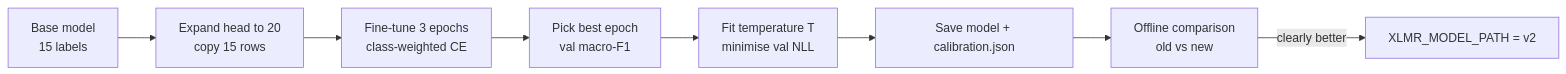
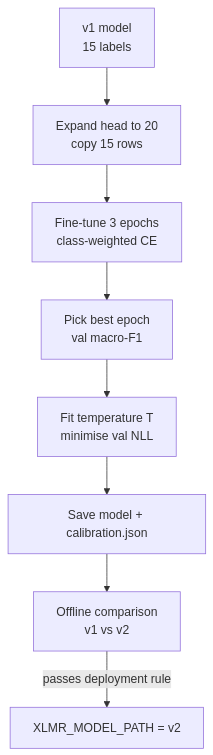
Before and after one commit to Anushka-v24/ecommerce-customer-support-assistant: diagram 21 of 38 in docs/ENHANCEMENT_REPORT.md, drawn with Mermaid. The commit also changed other lines of this file and 5 other files, not shown here.

````diff
--- a/docs/ENHANCEMENT_REPORT.md
+++ b/docs/ENHANCEMENT_REPORT.md
@@ -546,10 +819,10 @@
 ```mermaid
-flowchart LR
-    A[Base model<br/>15 labels] --> B[Expand head to 20<br/>copy 15 rows]
+flowchart TD
+    A[v1 model<br/>15 labels] --> B[Expand head to 20<br/>copy 15 rows]
     B --> C[Fine-tune 3 epochs<br/>class-weighted CE]
     C --> D[Pick best epoch<br/>val macro-F1]
     D --> E[Fit temperature T<br/>minimise val NLL]
     E --> F[Save model + calibration.json]
-    F --> G[Offline comparison<br/>old vs new]
-    G -->|clearly better| H[XLMR_MODEL_PATH = v2]
+    F --> G[Offline comparison<br/>v1 vs v2]
+    G -->|passes deployment rule| H[XLMR_MODEL_PATH = v2]
 ```
````
